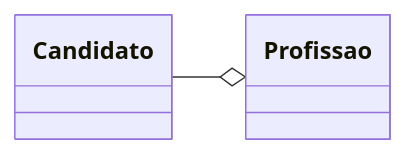
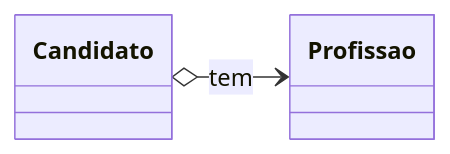
One commit to GracilianoOG/dio-iphone-uml changed the third of 4 diagrams in README.md. Above: the diagram before and after it, drawn with Mermaid. The commit also changed other lines of this file, not shown here.

````diff
--- a/README.md
+++ b/README.md
@@ -92,11 +92,11 @@
 ```mermaid
     classDiagram
         direction LR
         class Candidato {
         }
 
         class Profissao {
         }
 
-        Candidato --o Profissao
+        Candidato o--> Profissao : tem
 ```
````
